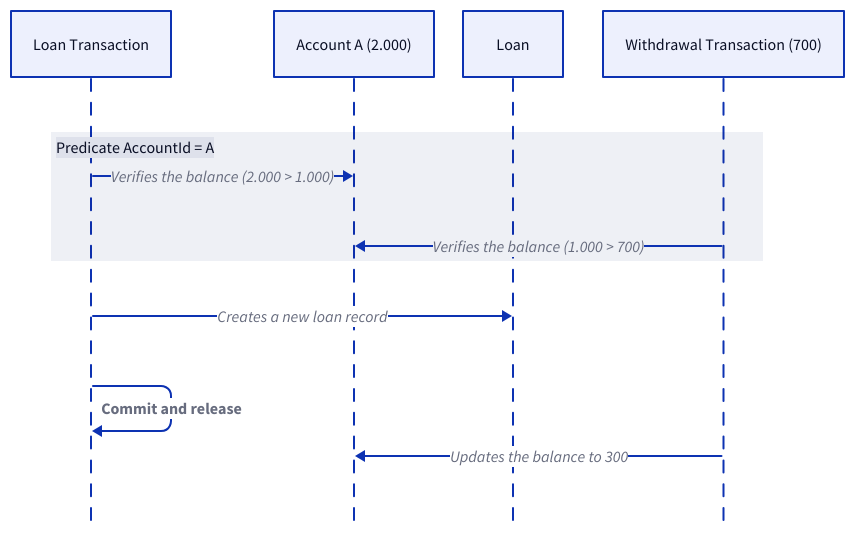
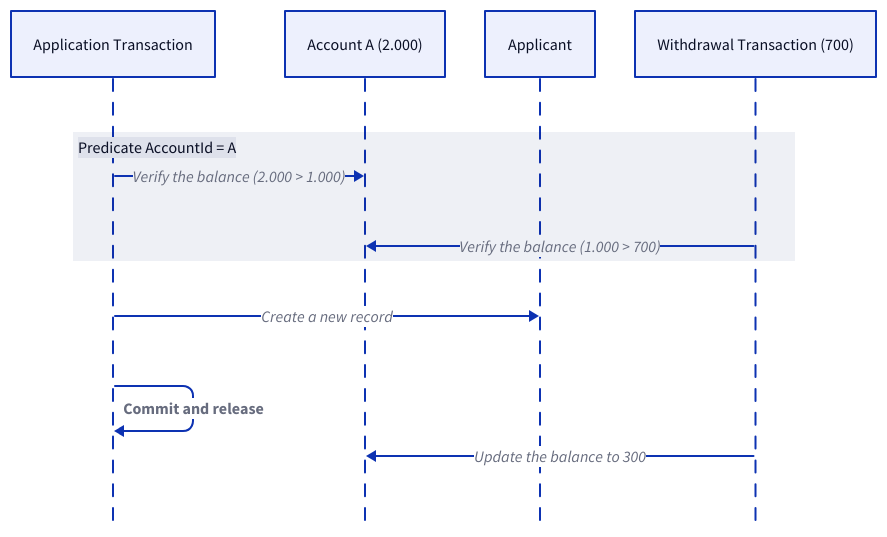
Diagram 22 of 23 in content/data-persistence/sql-database/concurrency-control.md (link1905/system-design-101), drawn with D2 before and after one commit. The commit also changed other lines of this file and 13 other files, not shown here.

````diff
--- a/content/data-persistence/sql-database/concurrency-control.md
+++ b/content/data-persistence/sql-database/concurrency-control.md
@@ -935,19 +860,18 @@
 ```d2
-
 shape: sequence_diagram
-t: Loan Transaction
+t: Application Transaction
 a: Account A (2.000)
-l: Loan
+l: Applicant
 t1: "Withdrawal Transaction (700)"
 "Predicate AccountId = A" {
-   t -> a: "Verifies the balance (2.000 > 1.000)"
-   t1 -> a: "Verifies the balance (1.000 > 700)"
+   t -> a: "Verify the balance (2.000 > 1.000)"
+   t1 -> a: "Verify the balance (1.000 > 700)"
 }
-t -> l: Creates a new loan record
+t -> l: Create a new record
 t -> t: Commit and release {
   style.bold: true
 }
-t1 -> a: "Updates the balance to 300" {
+t1 -> a: "Update the balance to 300" {
   class: error-conn
 }
 ```
````
